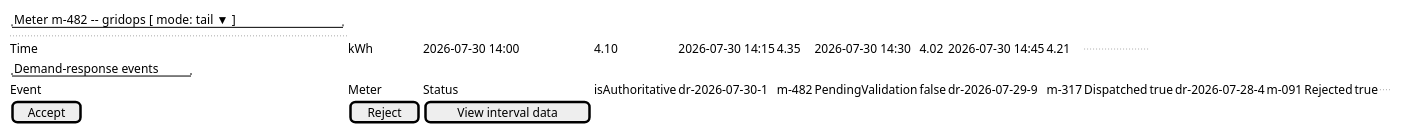
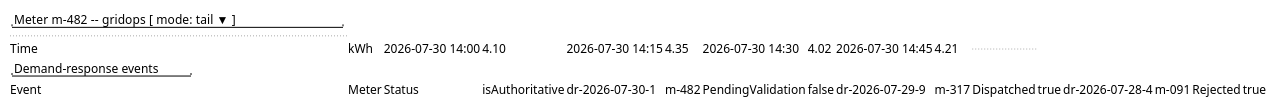
One commit to Mwwhited-BookLearning/EventSourcing changed the fifth of 7 diagrams in docs/domains/utilities-smart-metering/features/interval-data-and-demand-response.md. Above: the diagram before and after it, drawn with PlantUML. The commit also changed other lines of this file and 37 other files, not shown here.

````diff
--- a/docs/domains/utilities-smart-metering/features/interval-data-and-demand-response.md
+++ b/docs/domains/utilities-smart-metering/features/interval-data-and-demand-response.md
@@ -270,21 +272,19 @@
 ```plantuml
 @startsalt
 {
   { "Meter m-482 -- gridops   [ mode: tail ▼ ]" }
   ..
   | Time                | kWh   |
   | 2026-07-30 14:00     | 4.10  |
   | 2026-07-30 14:15     | 4.35  |
   | 2026-07-30 14:30     | 4.02  |
   | 2026-07-30 14:45     | 4.21  |
   ..
   { "Demand-response events" }
-  | Event         | Meter  | Status            | isAuthoritative |
-  | dr-2026-07-30-1 | m-482 | PendingValidation | false           |
-  | dr-2026-07-29-9 | m-317 | Dispatched        | true            |
-  | dr-2026-07-28-4 | m-091 | Rejected          | true            |
-  ..
-  [ Accept ] | [ Reject ] | [ View interval data ]
+  | Event           | Meter  | Status            | isAuthoritative |
+  | dr-2026-07-30-1 | m-482  | PendingValidation | false           |
+  | dr-2026-07-29-9 | m-317  | Dispatched        | true            |
+  | dr-2026-07-28-4 | m-091  | Rejected          | true            |
 }
 @endsalt
 ```
````
